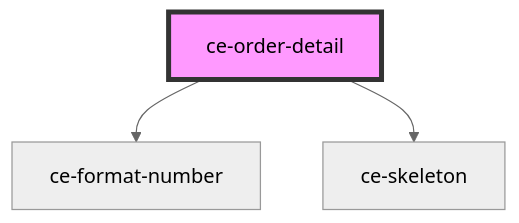
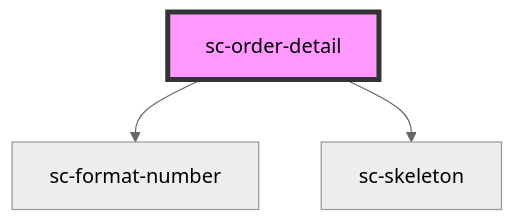
Before and after one commit to surecart/surecart-wp-plugin: the diagram in packages/components/src/components/controllers/confirmation/order-detail/readme.md, drawn with Mermaid (neutral theme). The commit also changed other lines of this file and 1281 other files, not shown here.

````diff
--- a/packages/components/src/components/controllers/confirmation/order-detail/readme.md
+++ b/packages/components/src/components/controllers/confirmation/order-detail/readme.md
@@ -37,6 +37,6 @@
 ```mermaid
 graph TD;
-  ce-order-detail --> ce-format-number
-  ce-order-detail --> ce-skeleton
-  style ce-order-detail fill:#f9f,stroke:#333,stroke-width:4px
+  sc-order-detail --> sc-format-number
+  sc-order-detail --> sc-skeleton
+  style sc-order-detail fill:#f9f,stroke:#333,stroke-width:4px
 ```
````
